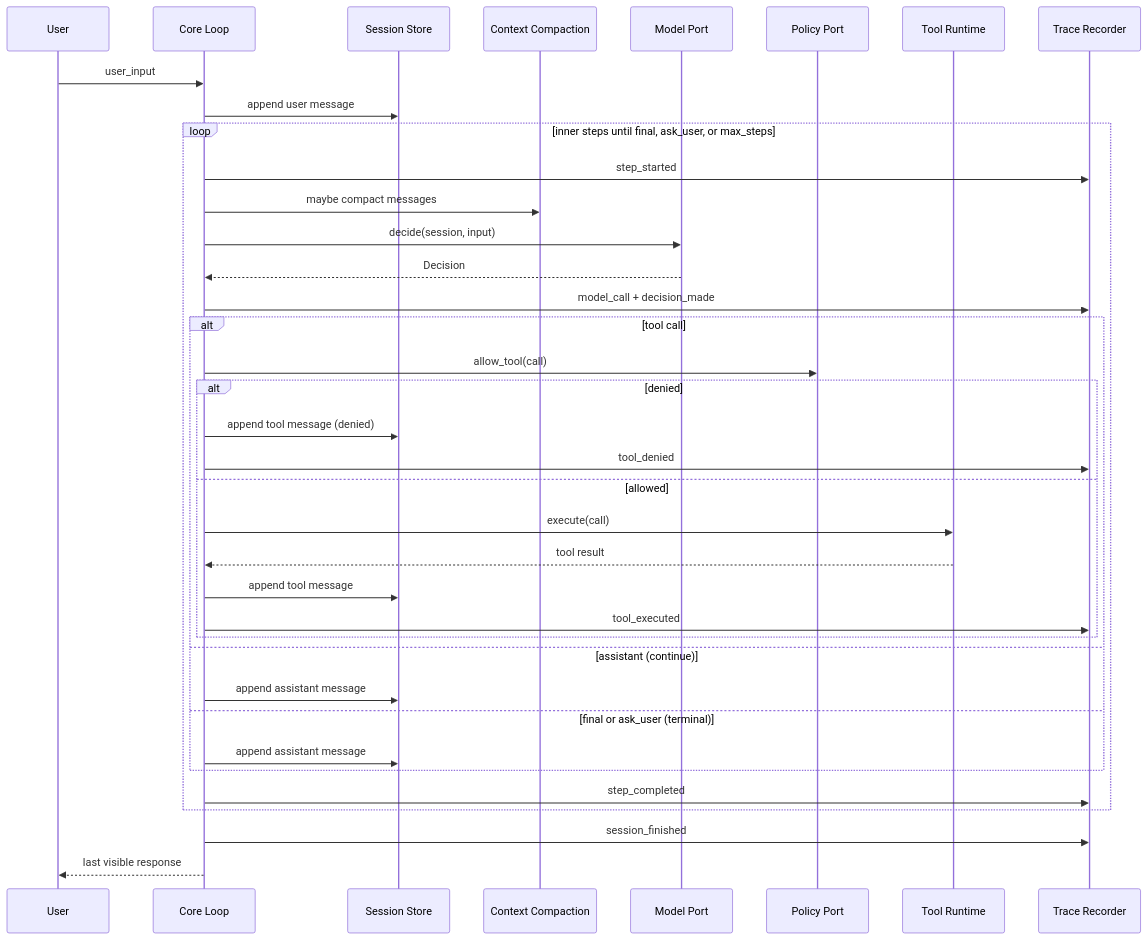
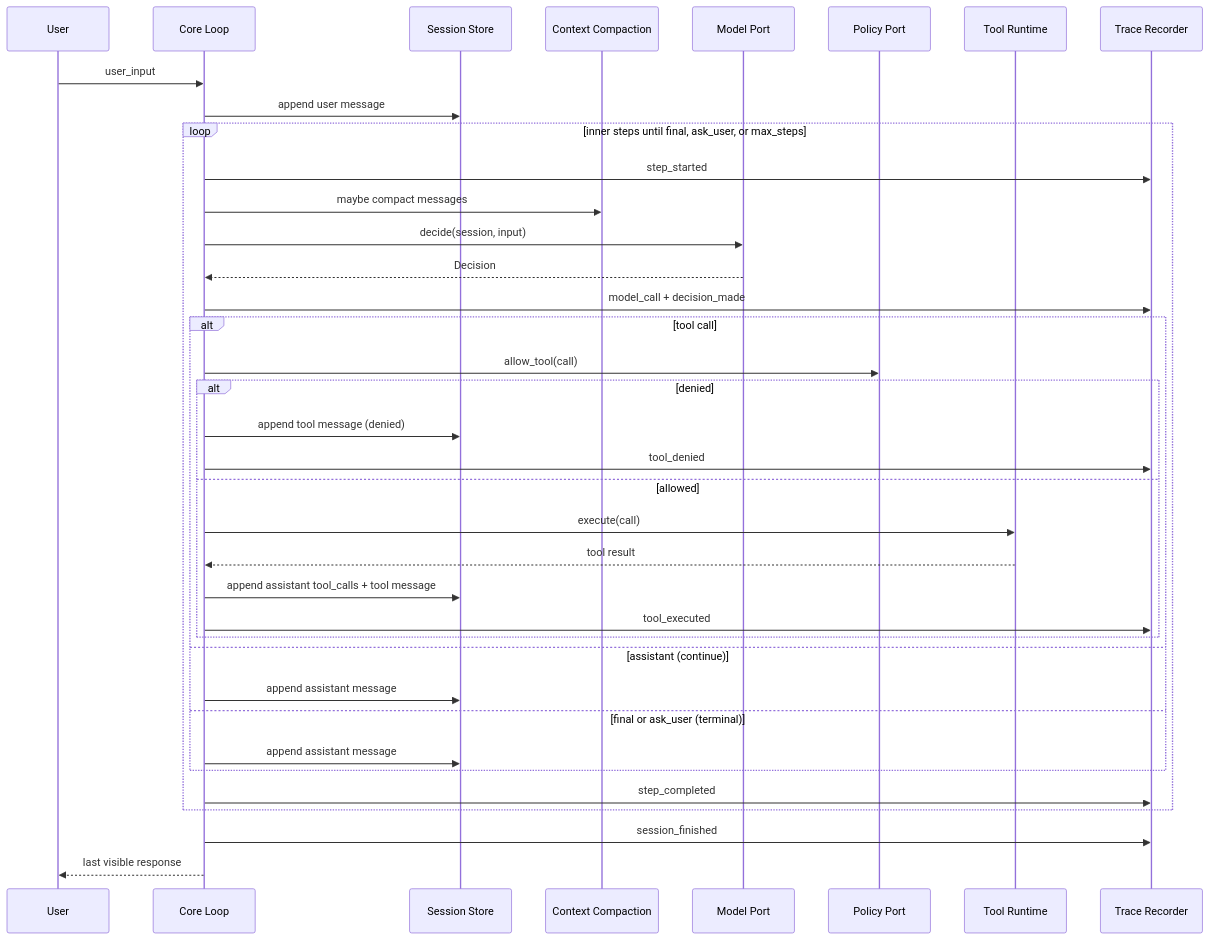
Before and after one commit to zhumengzhu/HarnessLab: the second of 6 diagrams in docs/architecture/overview.md, drawn with Mermaid. The commit also changed other lines of this file and 56 other files, not shown here.

````diff
--- a/docs/architecture/overview.md
+++ b/docs/architecture/overview.md
@@ -142,40 +142,40 @@
 ```mermaid
 sequenceDiagram
     participant User
     participant CoreLoop as Core Loop
     participant SessionStore as Session Store
     participant Compaction as Context Compaction
     participant ModelPort as Model Port
     participant PolicyPort as Policy Port
     participant ToolRuntime as Tool Runtime
     participant TraceRecorder as Trace Recorder
 
     User->>CoreLoop: user_input
     CoreLoop->>SessionStore: append user message
     loop inner steps until final, ask_user, or max_steps
         CoreLoop->>TraceRecorder: step_started
         CoreLoop->>Compaction: maybe compact messages
         CoreLoop->>ModelPort: decide(session, input)
         ModelPort-->>CoreLoop: Decision
         CoreLoop->>TraceRecorder: model_call + decision_made
         alt tool call
             CoreLoop->>PolicyPort: allow_tool(call)
             alt denied
                 CoreLoop->>SessionStore: append tool message (denied)
                 CoreLoop->>TraceRecorder: tool_denied
             else allowed
                 CoreLoop->>ToolRuntime: execute(call)
                 ToolRuntime-->>CoreLoop: tool result
-                CoreLoop->>SessionStore: append tool message
+                CoreLoop->>SessionStore: append assistant tool_calls + tool message
                 CoreLoop->>TraceRecorder: tool_executed
             end
         else assistant (continue)
             CoreLoop->>SessionStore: append assistant message
         else final or ask_user (terminal)
             CoreLoop->>SessionStore: append assistant message
         end
         CoreLoop->>TraceRecorder: step_completed
     end
     CoreLoop->>TraceRecorder: session_finished
     CoreLoop-->>User: last visible response
 ```
````
